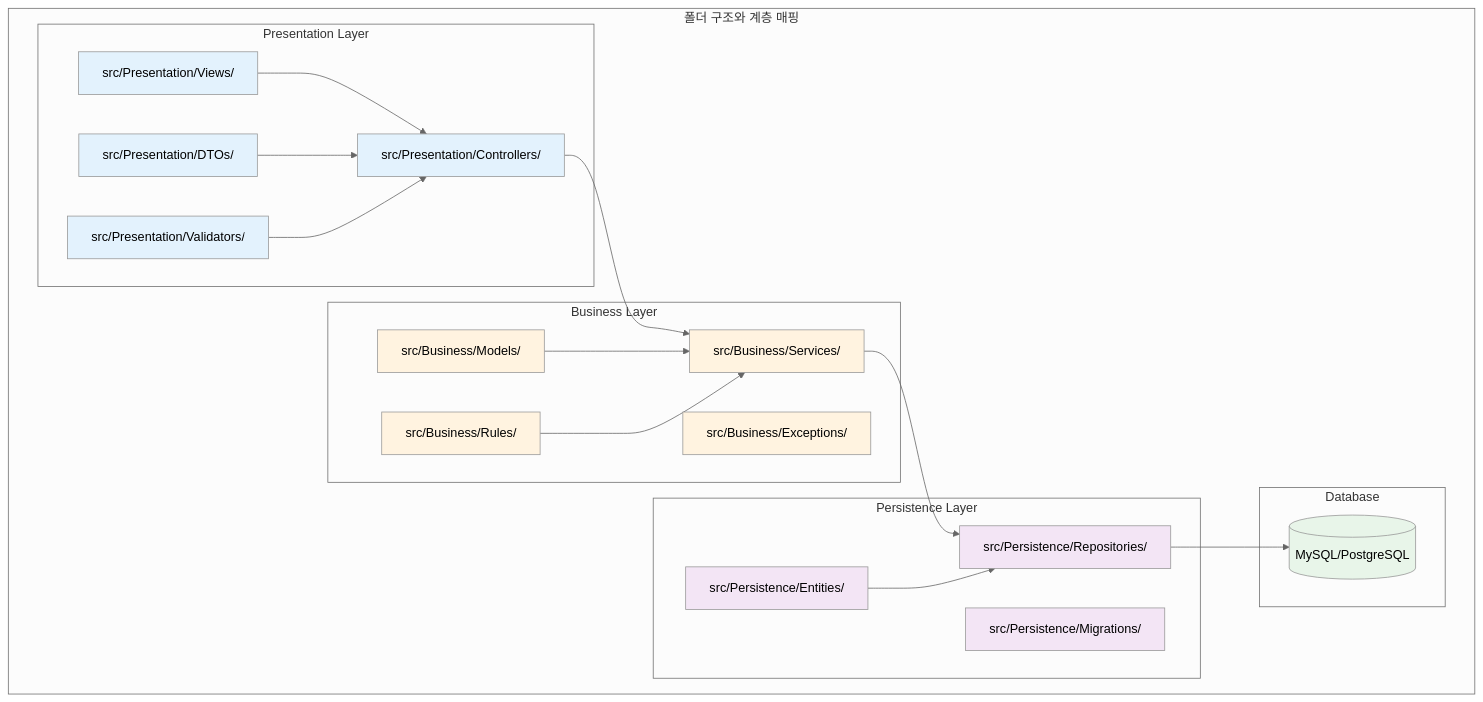
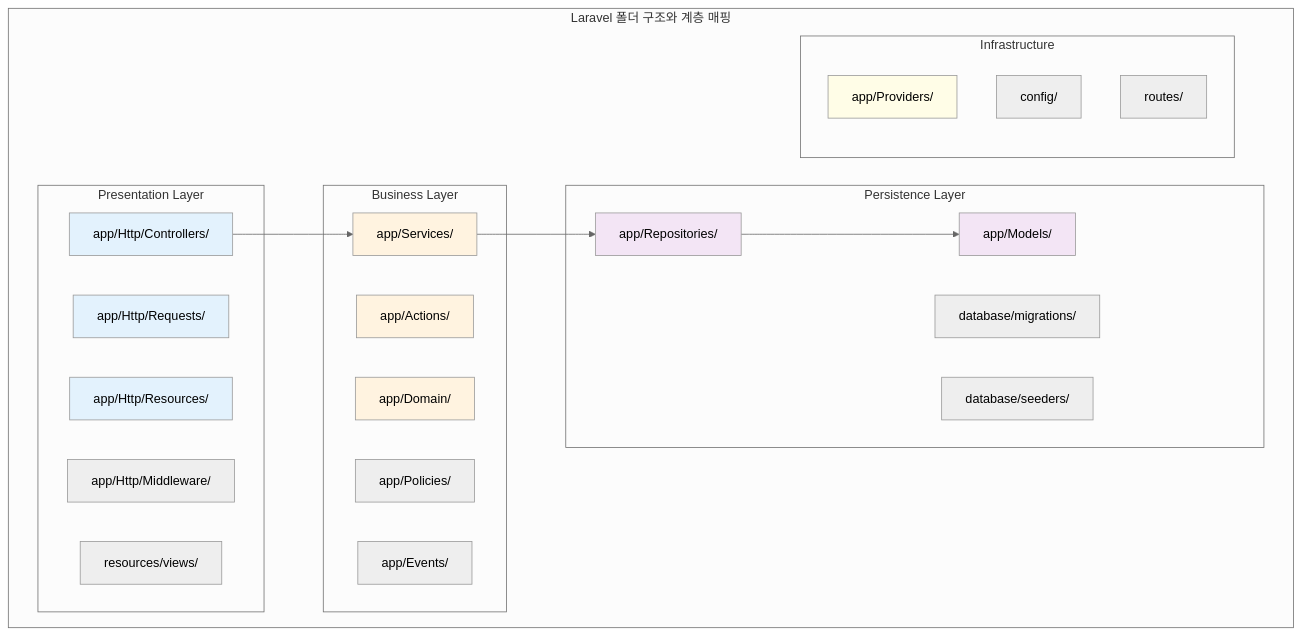
Diagram 11 of 22 in architecture/layered/README.md (shaul1991/study-architecture), drawn with Mermaid (neutral theme) before and after one commit. The commit also changed other lines of this file and 1 other file, not shown here.

First line of the commit message:
refactor: 레이어드 아키텍처 문서를 Laravel 기준으로 수정

````diff
--- a/architecture/layered/README.md
+++ b/architecture/layered/README.md
@@ -488,53 +678,47 @@
 ```mermaid
 graph TB
-    subgraph "폴더 구조와 계층 매핑"
+    subgraph "Laravel 폴더 구조와 계층 매핑"
         subgraph "Presentation Layer"
-            P1[src/Presentation/Controllers/]
-            P2[src/Presentation/Views/]
-            P3[src/Presentation/DTOs/]
-            P4[src/Presentation/Validators/]
+            P1[app/Http/Controllers/]
+            P2[app/Http/Requests/]
+            P3[app/Http/Resources/]
+            P4[app/Http/Middleware/]
+            P5[resources/views/]
         end
 
         subgraph "Business Layer"
-            B1[src/Business/Services/]
-            B2[src/Business/Models/]
-            B3[src/Business/Rules/]
-            B4[src/Business/Exceptions/]
+            B1[app/Services/]
+            B2[app/Actions/]
+            B3[app/Domain/]
+            B4[app/Policies/]
+            B5[app/Events/]
         end
 
         subgraph "Persistence Layer"
-            D1[src/Persistence/Repositories/]
-            D2[src/Persistence/Entities/]
-            D3[src/Persistence/Migrations/]
+            D1[app/Repositories/]
+            D2[app/Models/]
+            D3[database/migrations/]
+            D4[database/seeders/]
         end
 
-        subgraph "Database"
-            DB[(MySQL/PostgreSQL)]
+        subgraph "Infrastructure"
+            I1[app/Providers/]
+            I2[config/]
+            I3[routes/]
         end
     end
 
     P1 --> B1
-    P2 --> P1
-    P3 --> P1
-    P4 --> P1
-
     B1 --> D1
-    B2 --> B1
-    B3 --> B1
-
-    D1 --> DB
-    D2 --> D1
+    D1 --> D2
 
     style P1 fill:#e3f2fd
     style P2 fill:#e3f2fd
     style P3 fill:#e3f2fd
-    style P4 fill:#e3f2fd
     style B1 fill:#fff3e0
     style B2 fill:#fff3e0
     style B3 fill:#fff3e0
-    style B4 fill:#fff3e0
     style D1 fill:#f3e5f5
     style D2 fill:#f3e5f5
-    style D3 fill:#f3e5f5
-    style DB fill:#e8f5e9
+    style I1 fill:#fffde7
 ```
````
